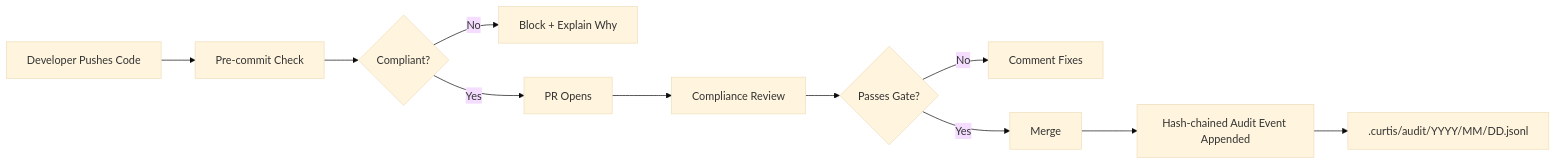
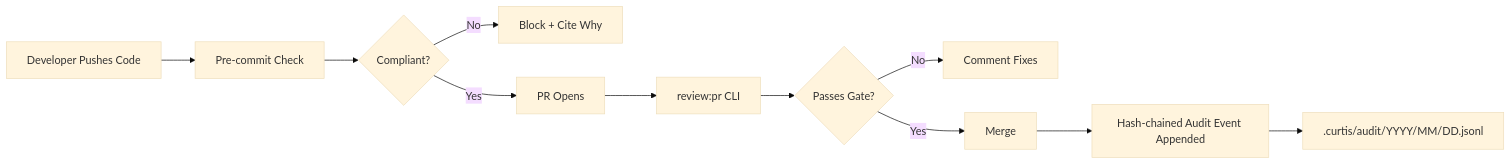
One commit to JordanNewell/curtis-compliance changed the diagram in README.md. Above: the diagram before and after it, drawn with Mermaid (base theme). The commit also changed other lines of this file, not shown here.

````diff
--- a/README.md
+++ b/README.md
@@ -20,13 +32,13 @@
 ```mermaid
 graph LR
     A[Developer Pushes Code] --> B[Pre-commit Check]
     B --> C{Compliant?}
-    C -->|No| D[Block + Explain Why]
+    C -->|No| D[Block + Cite Why]
     C -->|Yes| E[PR Opens]
-    E --> F[Compliance Review]
+    E --> F[review:pr CLI]
     F --> G{Passes Gate?}
     G -->|No| H[Comment Fixes]
     G -->|Yes| I[Merge]
     I --> J[Hash-chained Audit Event Appended]
     J --> K[.curtis/audit/YYYY/MM/DD.jsonl]
 ```
````
